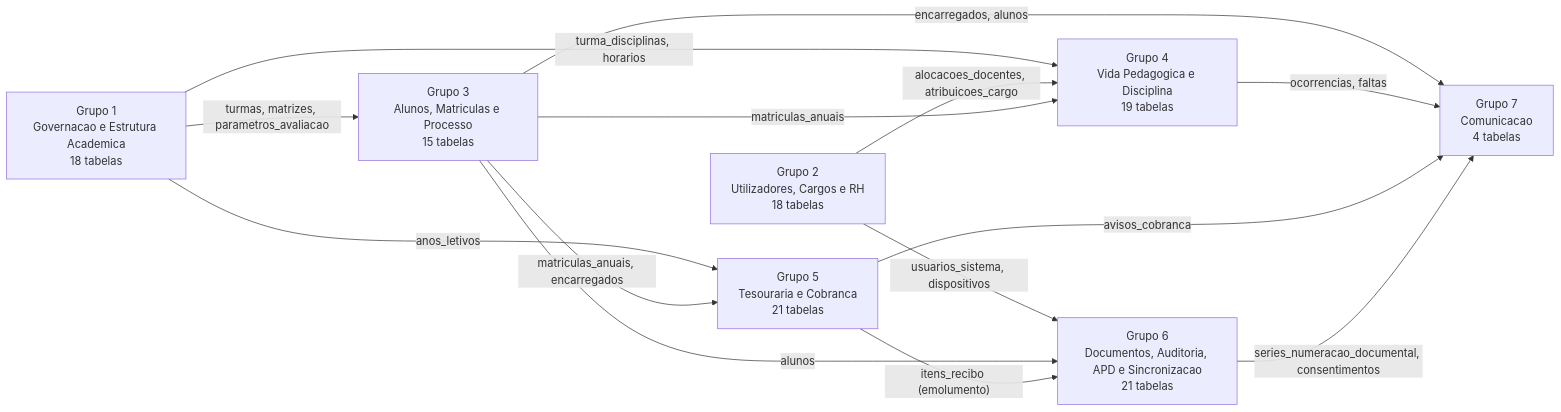
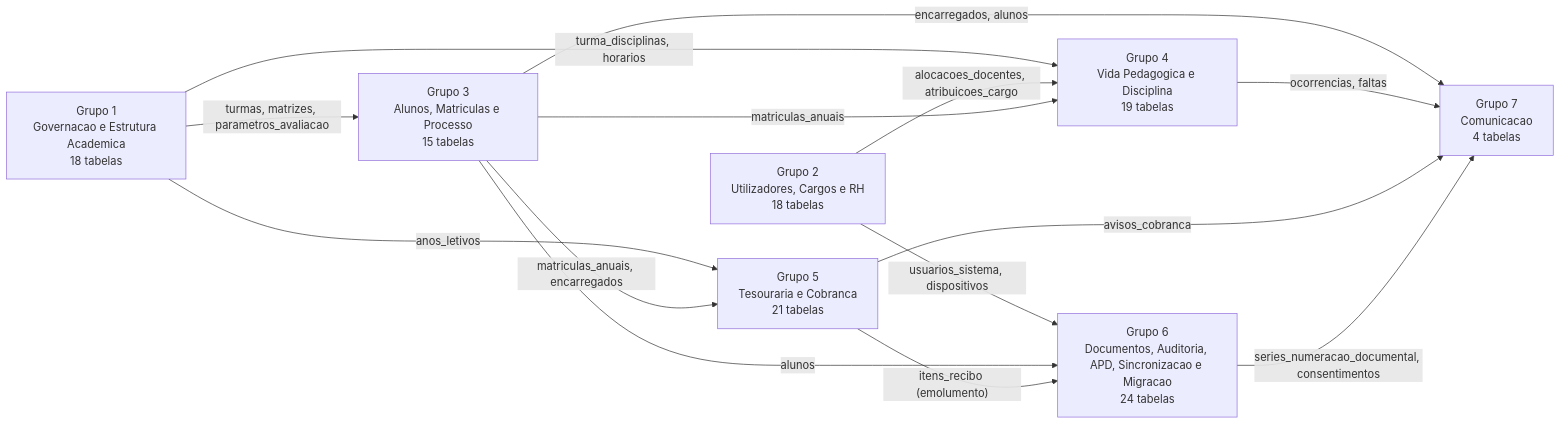
The first of 10 diagrams in 01 - Projetos/SGE - IPCAG 12008 BGO/10 - Especificacao/05 - Modelagem de Dados.md (Angeloaqp/sge-ipcag-12008), drawn with Mermaid before and after one commit. The commit also changed other lines of this file and 10 other files, not shown here.

````diff
--- a/01 - Projetos/SGE - IPCAG 12008 BGO/10 - Especificacao/05 - Modelagem de Dados.md
+++ b/01 - Projetos/SGE - IPCAG 12008 BGO/10 - Especificacao/05 - Modelagem de Dados.md
@@ -248,24 +249,24 @@
 ```mermaid
 flowchart LR
     G1["Grupo 1<br>Governacao e Estrutura Academica<br>18 tabelas"]
     G2["Grupo 2<br>Utilizadores, Cargos e RH<br>18 tabelas"]
     G3["Grupo 3<br>Alunos, Matriculas e Processo<br>15 tabelas"]
     G4["Grupo 4<br>Vida Pedagogica e Disciplina<br>19 tabelas"]
     G5["Grupo 5<br>Tesouraria e Cobranca<br>21 tabelas"]
-    G6["Grupo 6<br>Documentos, Auditoria, APD e Sincronizacao<br>21 tabelas"]
+    G6["Grupo 6<br>Documentos, Auditoria, APD, Sincronizacao e Migracao<br>24 tabelas"]
     G7["Grupo 7<br>Comunicacao<br>4 tabelas"]
 
     G1 -->|"turmas, matrizes, parametros_avaliacao"| G3
     G1 -->|"turma_disciplinas, horarios"| G4
     G1 -->|"anos_letivos"| G5
     G2 -->|"alocacoes_docentes, atribuicoes_cargo"| G4
     G2 -->|"usuarios_sistema, dispositivos"| G6
     G3 -->|"matriculas_anuais"| G4
     G3 -->|"matriculas_anuais, encarregados"| G5
     G3 -->|"alunos"| G6
     G3 -->|"encarregados, alunos"| G7
     G4 -->|"ocorrencias, faltas"| G7
     G5 -->|"itens_recibo (emolumento)"| G6
     G5 -->|"avisos_cobranca"| G7
     G6 -->|"series_numeracao_documental, consentimentos"| G7
 ```
````
